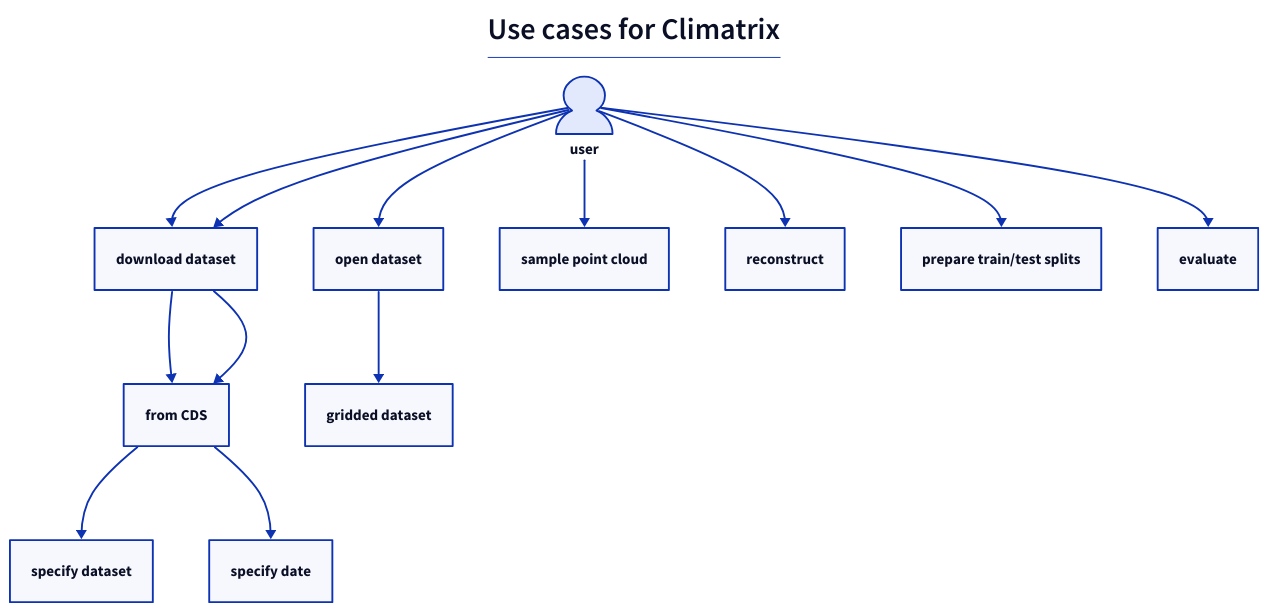
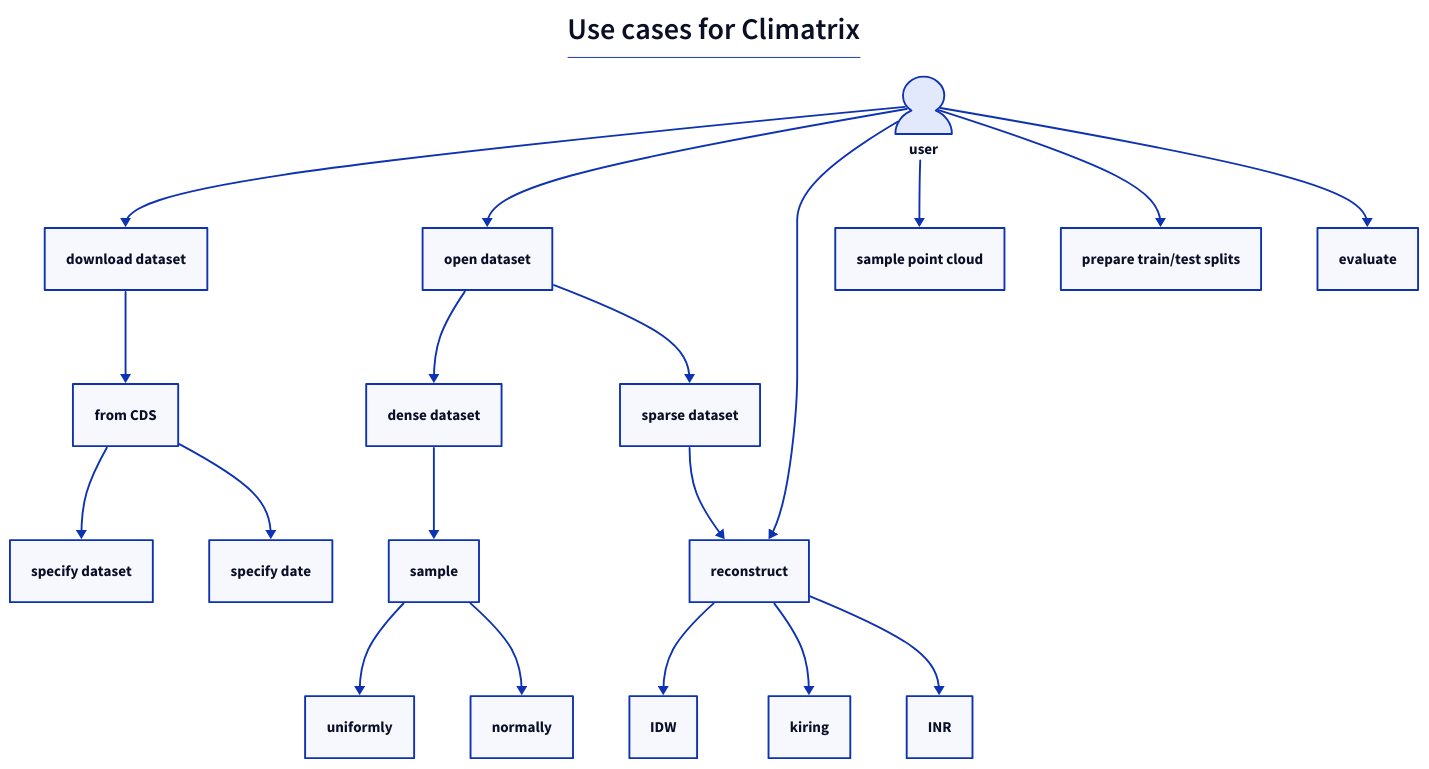
One commit to jamesWalczak/climatrix changed the diagram in docs/diagrams/use_case.d2. Above: the diagram before and after it, drawn with D2. The commit also changed 10 other files, not shown here.

```diff
--- a/docs/diagrams/use_case.d2
+++ b/docs/diagrams/use_case.d2
@@ -1,18 +1,34 @@
 title: |md
 
   # Use cases for Climatrix
 
 | {near: top-center}
 user: {
     shape: person
     width: 60
   }
 
-user -> download dataset -> from CDS -> specify dataset
-user -> download dataset -> from CDS -> specify date
+user -> download dataset
+download dataset -> from CDS
 
-user -> open dataset -> gridded dataset
+from CDS -> specify dataset
+from CDS -> specify date
+user -> open dataset
+open dataset -> dense dataset
+open dataset -> sparse dataset
+
+dense dataset -> sample
+sample -> uniformly
+sample -> normally
+
+
+user -> reconstruct
+sparse dataset -> reconstruct
+reconstruct -> IDW
+reconstruct -> kiring
+reconstruct -> INR
+
+
 user -> sample point cloud
-user -> reconstruct
 user -> prepare train/test splits
 user -> evaluate
```
